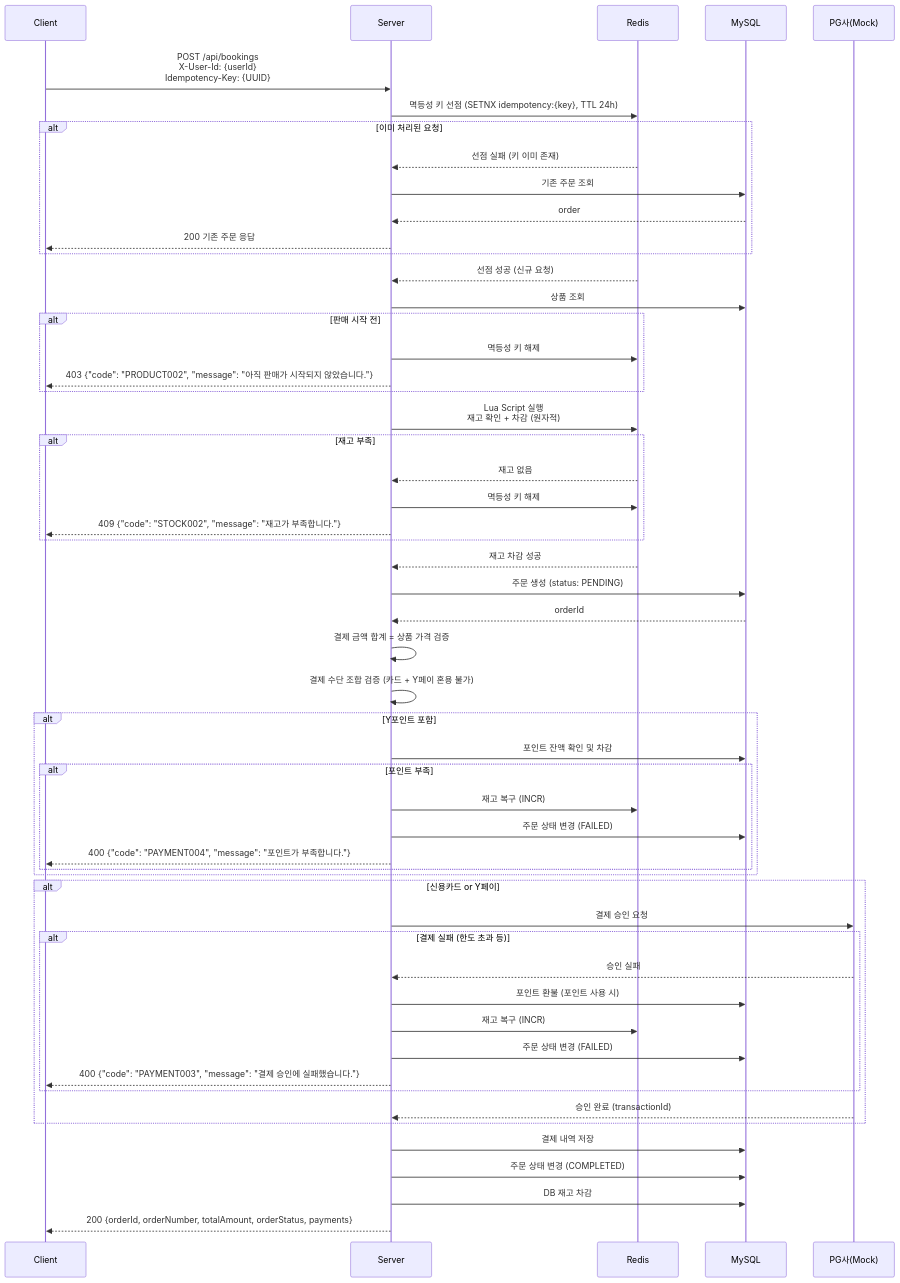
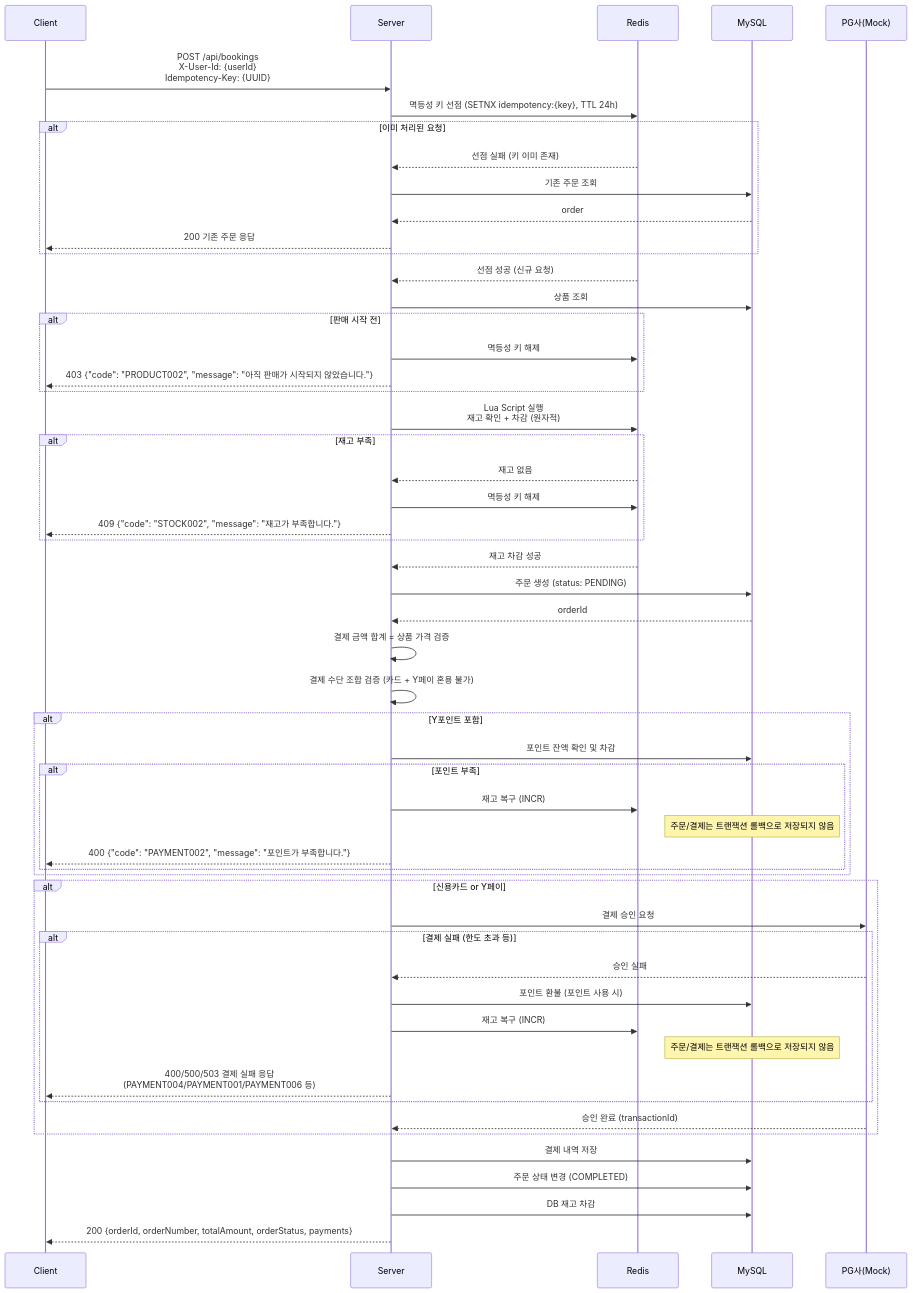
One commit to hyunmin0317/reservation-payment-platform changed the second of 5 diagrams in docs/sequence-diagrams.md. Above: the diagram before and after it, drawn with Mermaid. The commit also changed other lines of this file and 10 other files, not shown here.

````diff
--- a/docs/sequence-diagrams.md
+++ b/docs/sequence-diagrams.md
@@ -34,72 +35,72 @@
 ```mermaid
 sequenceDiagram
     participant C as Client
     participant S as Server
     participant R as Redis
     participant DB as MySQL
     participant PG as PG사(Mock)
 
     C->>S: POST /api/bookings<br/>X-User-Id: {userId}<br/>Idempotency-Key: {UUID}
 
     %% Step 1: 멱등성 체크 (SETNX)
     S->>R: 멱등성 키 선점 (SETNX idempotency:{key}, TTL 24h)
     alt 이미 처리된 요청
         R-->>S: 선점 실패 (키 이미 존재)
         S->>DB: 기존 주문 조회
         DB-->>S: order
         S-->>C: 200 기존 주문 응답
     end
     R-->>S: 선점 성공 (신규 요청)
 
     %% Step 2: 오픈 시간 검증
     S->>DB: 상품 조회
     alt 판매 시작 전
         S->>R: 멱등성 키 해제
         S-->>C: 403 {"code": "PRODUCT002", "message": "아직 판매가 시작되지 않았습니다."}
     end
 
     %% Step 3: 재고 차감 (Redis Lua Script)
     S->>R: Lua Script 실행<br/>재고 확인 + 차감 (원자적)
     alt 재고 부족
         R-->>S: 재고 없음
         S->>R: 멱등성 키 해제
         S-->>C: 409 {"code": "STOCK002", "message": "재고가 부족합니다."}
     end
     R-->>S: 재고 차감 성공
 
     %% Step 4: 주문 생성
     S->>DB: 주문 생성 (status: PENDING)
     DB-->>S: orderId
 
     %% Step 5: 결제 검증 및 처리
     S->>S: 결제 금액 합계 = 상품 가격 검증
     S->>S: 결제 수단 조합 검증 (카드 + Y페이 혼용 불가)
 
     alt Y포인트 포함
         S->>DB: 포인트 잔액 확인 및 차감
         alt 포인트 부족
             S->>R: 재고 복구 (INCR)
-            S->>DB: 주문 상태 변경 (FAILED)
-            S-->>C: 400 {"code": "PAYMENT004", "message": "포인트가 부족합니다."}
+            Note over DB: 주문/결제는 트랜잭션 롤백으로 저장되지 않음
+            S-->>C: 400 {"code": "PAYMENT002", "message": "포인트가 부족합니다."}
         end
     end
 
     alt 신용카드 or Y페이
         S->>PG: 결제 승인 요청
         alt 결제 실패 (한도 초과 등)
             PG-->>S: 승인 실패
             S->>DB: 포인트 환불 (포인트 사용 시)
             S->>R: 재고 복구 (INCR)
-            S->>DB: 주문 상태 변경 (FAILED)
-            S-->>C: 400 {"code": "PAYMENT003", "message": "결제 승인에 실패했습니다."}
+            Note over DB: 주문/결제는 트랜잭션 롤백으로 저장되지 않음
+            S-->>C: 400/500/503 결제 실패 응답<br/>(PAYMENT004/PAYMENT001/PAYMENT006 등)
         end
         PG-->>S: 승인 완료 (transactionId)
     end
 
     %% Step 6: 주문 확정
     S->>DB: 결제 내역 저장
     S->>DB: 주문 상태 변경 (COMPLETED)
     S->>DB: DB 재고 차감
 
     S-->>C: 200 {orderId, orderNumber, totalAmount, orderStatus, payments}
 ```
````
